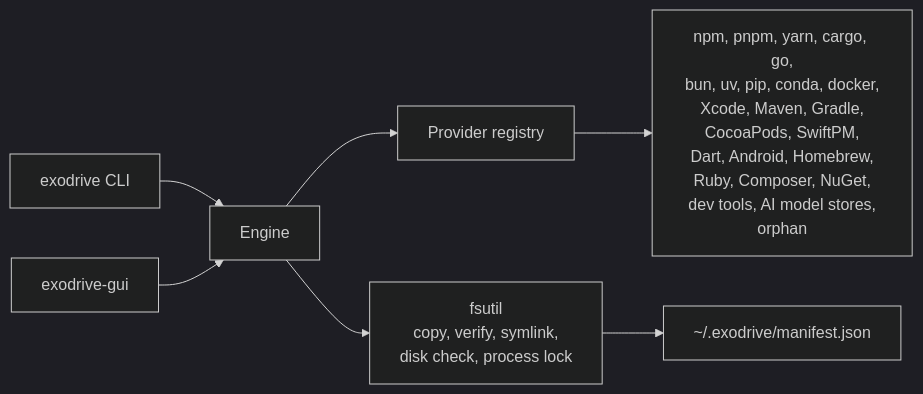
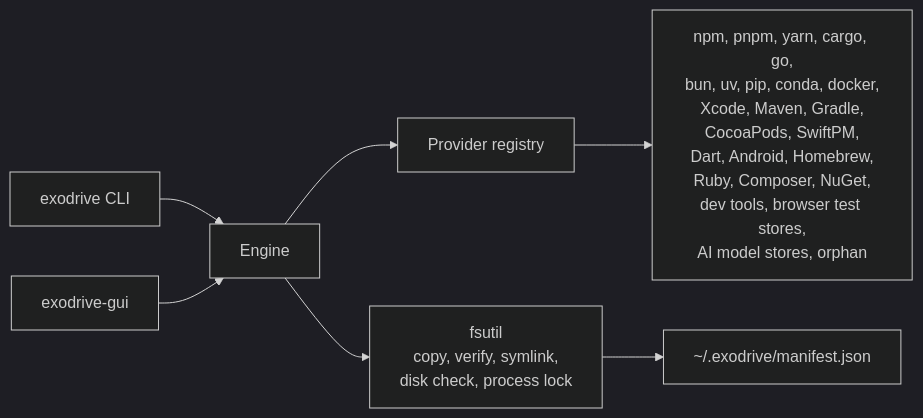
The diagram in README.md (Jungley8/exodrive), drawn with Mermaid (dark theme) before and after one commit. The commit also changed other lines of this file and 9 other files, not shown here.

````diff
--- a/README.md
+++ b/README.md
@@ -43,9 +43,9 @@
 ```mermaid
 flowchart LR
     CLI["exodrive CLI"] --> Engine
     GUI["exodrive-gui"] --> Engine
     Engine --> Registry["Provider registry"]
-    Registry --> P["npm, pnpm, yarn, cargo, go,<br/>bun, uv, pip, conda, docker,<br/>Xcode, Maven, Gradle,<br/>CocoaPods, SwiftPM,<br/>Dart, Android, Homebrew,<br/>Ruby, Composer, NuGet,<br/>dev tools, AI model stores,<br/>orphan"]
+    Registry --> P["npm, pnpm, yarn, cargo, go,<br/>bun, uv, pip, conda, docker,<br/>Xcode, Maven, Gradle,<br/>CocoaPods, SwiftPM,<br/>Dart, Android, Homebrew,<br/>Ruby, Composer, NuGet,<br/>dev tools, browser test stores,<br/>AI model stores, orphan"]
     Engine --> FS["fsutil<br/>copy, verify, symlink,<br/>disk check, process lock"]
     FS --> Ledger["~/.exodrive/manifest.json"]
 ```
````
